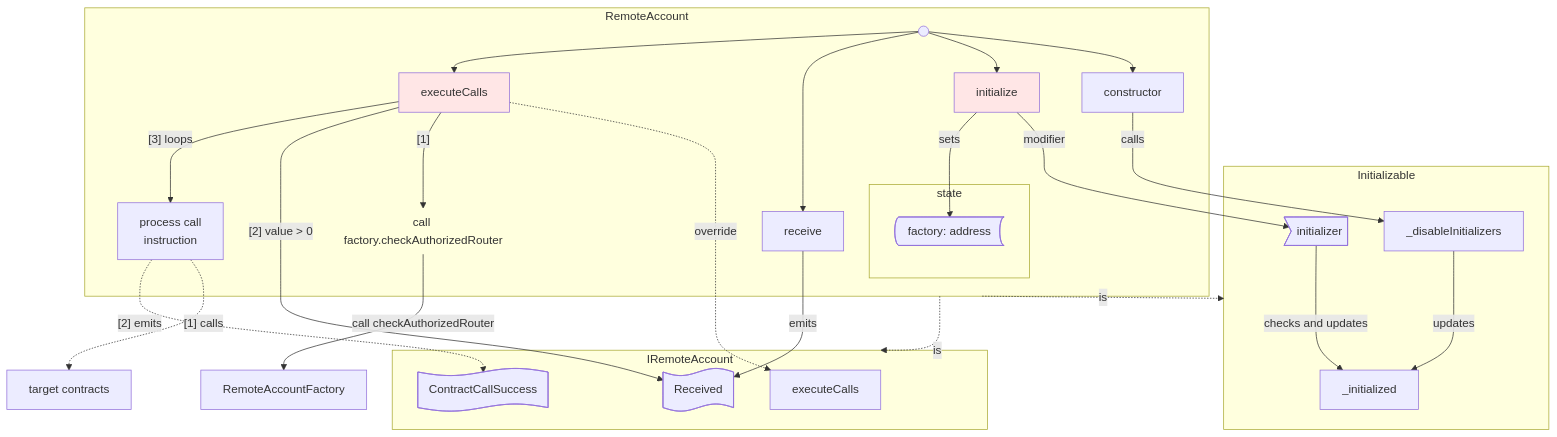
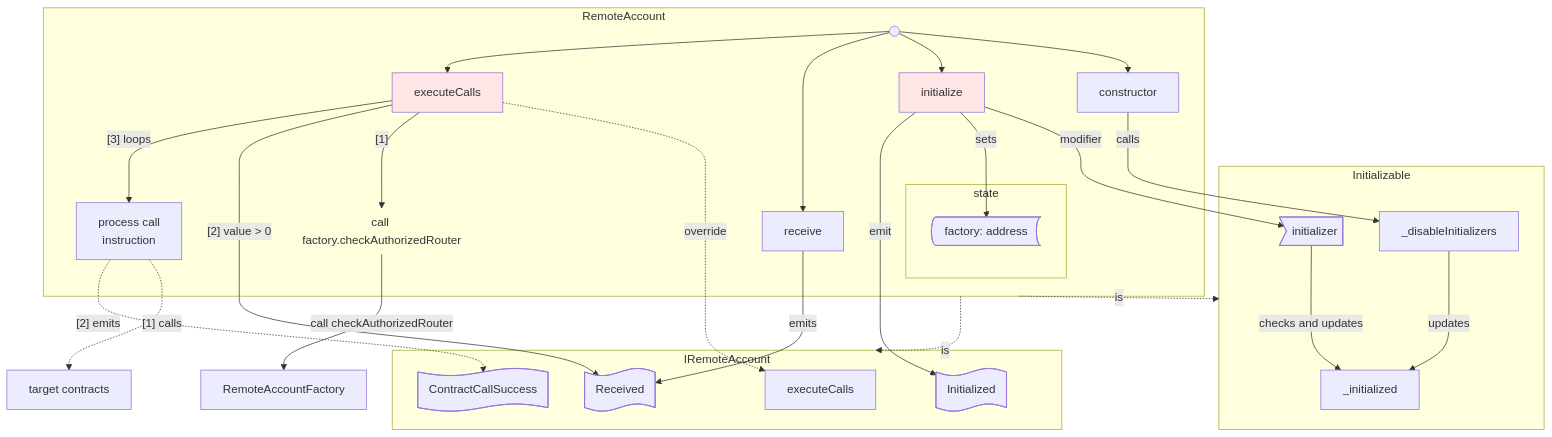
One commit to agoric-labs/agoric-to-axelar-local changed the fourth of 12 diagrams in packages/axelar-local-dev-cosmos/src/contracts/design.md. Above: the diagram before and after it, drawn with Mermaid. The commit also changed other lines of this file, not shown here.

````diff
--- a/packages/axelar-local-dev-cosmos/src/contracts/design.md
+++ b/packages/axelar-local-dev-cosmos/src/contracts/design.md
@@ -204,59 +204,61 @@
 ```mermaid
 graph TB
     subgraph Initializable
         _initialized
         _disableInitializers
         %% modifiers
         initializer@{shape: odd}
     end
     subgraph IRemoteAccount
         IRemoteAccount_executeCalls[executeCalls]
         %% events
+        Initialized@{shape: flag}
         Received@{shape: flag}
         ContractCallSuccess@{shape: flag}
     end
 
     subgraph RemoteAccount
         START@{shape: start}
         CTOR[constructor]
         initialize
         receive
         executeCalls
         AUTH_CHECK@{shape: text, label: "call factory.checkAuthorizedRouter"}
         CALL["process call<br>instruction"]
         subgraph state
             factory_ref@{shape: stored-data, label: "factory: address"}
         end
     end
 
     EXTERNAL[target contracts]
     FACTORY[RemoteAccountFactory]
 
     %% inheritance
     RemoteAccount -.->|is| Initializable
     RemoteAccount -.->|is| IRemoteAccount
     executeCalls -.->|override| IRemoteAccount_executeCalls
 
     %% operation
     START --> CTOR
     START --> initialize
     START --> receive
     START --> executeCalls
     CTOR -->|calls| _disableInitializers
     initialize -->|modifier| initializer
     initialize -->|sets| factory_ref
+    initialize -->|"emit"| Initialized
     executeCalls -->|"[1]"| AUTH_CHECK
     executeCalls -->|"[2] value > 0"| Received
     executeCalls -->|"[3] loops"| CALL
     CALL -.->|"[1] calls"| EXTERNAL
     CALL -.->|"[2] emits"| ContractCallSuccess
     receive -->|"emits"| Received
 
     %% state/dependency access
     AUTH_CHECK -->|call checkAuthorizedRouter| FACTORY
     initializer -->|checks and updates| _initialized
     _disableInitializers -->|updates| _initialized
 
     style executeCalls fill:#ffe6e6
     style initialize fill:#ffe6e6
 ```
````
